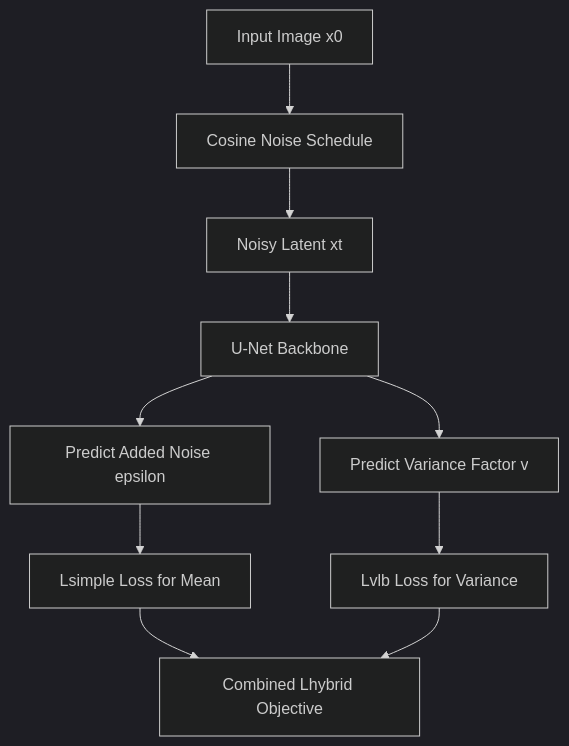
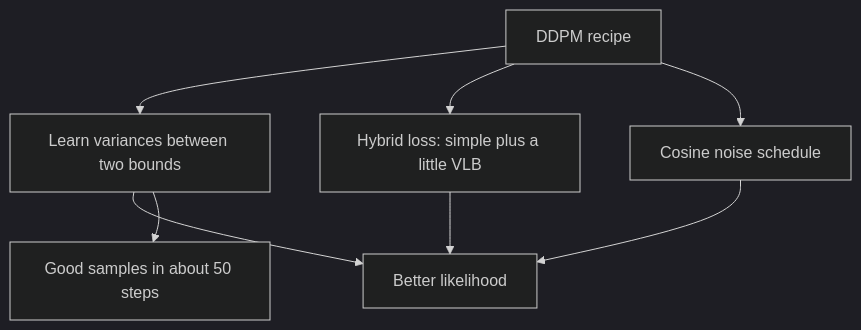
One commit to Tarunsai08/PaperStack changed the diagram in content/papers/improved-denoising-diffusion-probabilistic-models.md. Above: the diagram before and after it, drawn with Mermaid (dark theme). The commit also changed other lines of this file and 10 other files, not shown here.

````diff
--- a/content/papers/improved-denoising-diffusion-probabilistic-models.md
+++ b/content/papers/improved-denoising-diffusion-probabilistic-models.md
@@ -112,12 +118,10 @@
 ```mermaid
 flowchart TD
-    A[Input Image x0] --> B[Cosine Noise Schedule]
-    B --> C[Noisy Latent xt]
-    C --> D[U-Net Backbone]
-    D --> E[Predict Added Noise epsilon]
-    D --> F[Predict Variance Factor v]
-    E --> G[Lsimple Loss for Mean]
-    F --> H[Lvlb Loss for Variance]
-    G --> I[Combined Lhybrid Objective]
-    H --> I
+  A[DDPM recipe] --> B[Learn variances between two bounds]
+  A --> C[Hybrid loss: simple plus a little VLB]
+  A --> D[Cosine noise schedule]
+  B --> E[Better likelihood]
+  C --> E
+  D --> E
+  B --> F[Good samples in about 50 steps]
 ```
````
